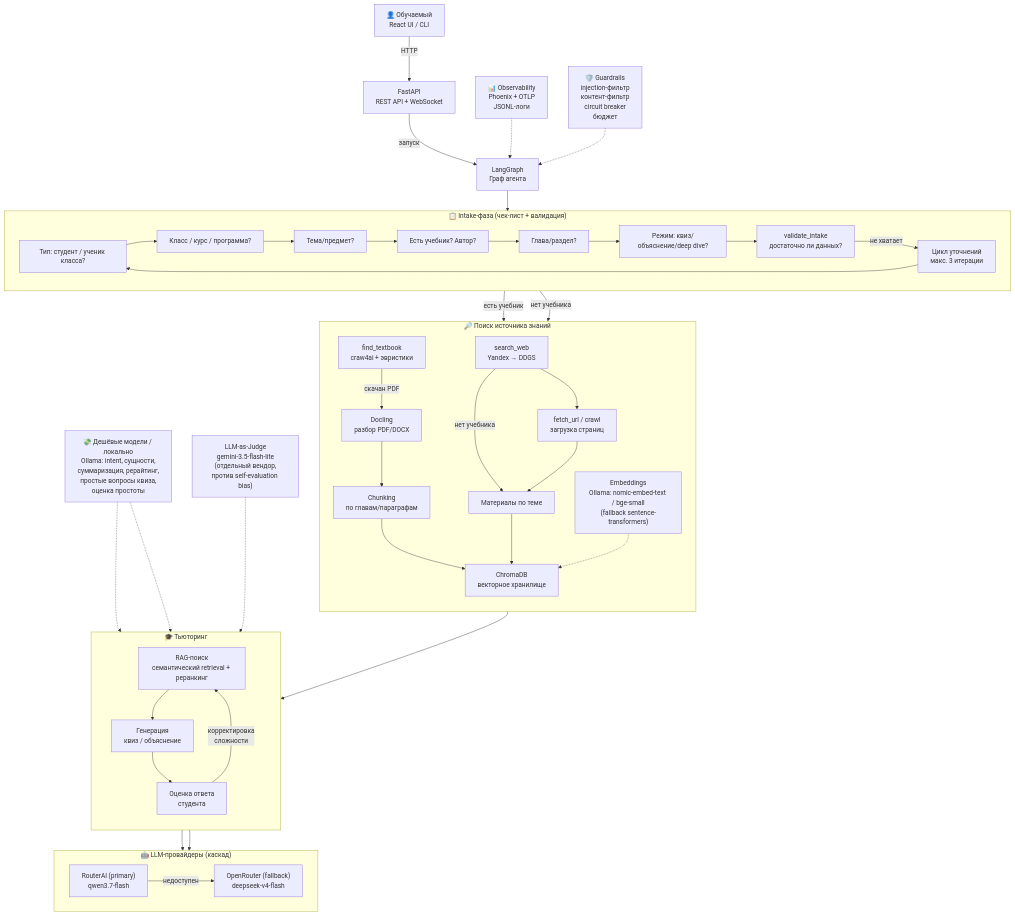
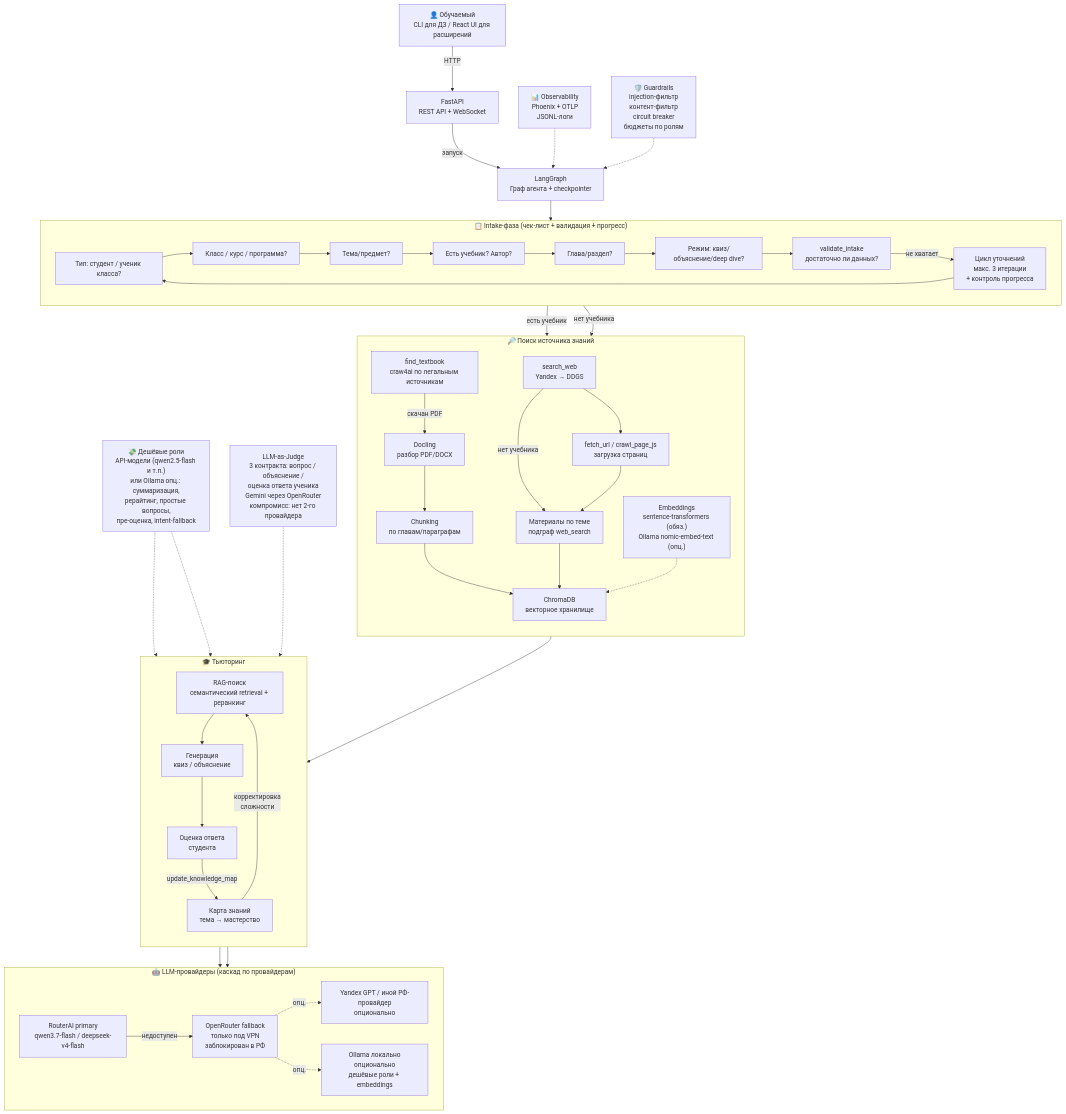
Before and after one commit to pytanya/project_work: the first of 2 diagrams in SPECIFICATION.md, drawn with Mermaid. The commit also changed other lines of this file and 3 other files, not shown here.

````diff
--- a/SPECIFICATION.md
+++ b/SPECIFICATION.md
@@ -34,59 +40,64 @@
 ```mermaid
 flowchart TD
-    USER["👤 Обучаемый<br/>React UI / CLI"] -->|HTTP| API["FastAPI<br/>REST API + WebSocket"]
-    API -->|запуск| GRAPH["LangGraph<br/>Граф агента"]
+    USER["👤 Обучаемый<br/>CLI для ДЗ / React UI для расширений"] -->|HTTP| API["FastAPI<br/>REST API + WebSocket"]
+    API -->|запуск| GRAPH["LangGraph<br/>Граф агента + checkpointer"]
 
-    subgraph INTAKE["📋 Intake-фаза (чек-лист + валидация)"]
+    subgraph INTAKE["📋 Intake-фаза (чек-лист + валидация + прогресс)"]
         direction LR
         Q1["Тип: студент / ученик класса?"]
         Q2["Класс / курс / программа?"]
         Q3["Тема/предмет?"]
         Q4["Есть учебник? Автор?"]
         Q5["Глава/раздел?"]
         Q6["Режим: квиз/объяснение/deep dive?"]
         Q1 --> Q2 --> Q3 --> Q4 --> Q5 --> Q6
         VALIDATE["validate_intake<br/>достаточно ли данных?"]
         Q6 --> VALIDATE
-        VALIDATE -->|"не хватает"| ASK["Цикл уточнений<br/>макс. 3 итерации"]
+        VALIDATE -->|"не хватает"| ASK["Цикл уточнений<br/>макс. 3 итерации<br/>+ контроль прогресса"]
         ASK --> Q1
     end
     GRAPH --> INTAKE
 
     subgraph SOURCE["🔎 Поиск источника знаний"]
         direction TB
         DOC["Docling<br/>разбор PDF/DOCX"] --> CHUNK["Chunking<br/>по главам/параграфам"]
-        FIND["find_textbook<br/>craw4ai + эвристики"] -->|"скачан PDF"| DOC
-        SEARCH["search_web<br/>Yandex → DDGS"] --> FETCH["fetch_url / crawl<br/>загрузка страниц"]
-        SEARCH -->|"нет учебника"| MAT["Материалы по теме"]
+        FIND["find_textbook<br/>craw4ai по легальным источникам"] -->|"скачан PDF"| DOC
+        SEARCH["search_web<br/>Yandex → DDGS"] --> FETCH["fetch_url / crawl_page_js<br/>загрузка страниц"]
+        SEARCH -->|"нет учебника"| MAT["Материалы по теме<br/>подграф web_search"]
         CHUNK --> VDB["ChromaDB<br/>векторное хранилище"]
         FETCH --> MAT --> VDB
-        EMB["Embeddings<br/>Ollama: nomic-embed-text / bge-small<br/>(fallback sentence-transformers)"] -.-> VDB
+        EMB["Embeddings<br/>sentence-transformers (обяз.)<br/>Ollama nomic-embed-text (опц.)"] -.-> VDB
     end
     INTAKE -->|"есть учебник"| DOC
     INTAKE -->|"нет учебника"| FIND
 
     subgraph TUTOR["🎓 Тьюторинг"]
         direction TB
         RAG["RAG-поиск<br/>семантический retrieval + реранкинг"] --> GEN["Генерация<br/>квиз / объяснение"]
         GEN --> EVAL["Оценка ответа<br/>студента"]
-        EVAL -->|"корректировка<br/>сложности"| RAG
+        EVAL -->|"update_knowledge_map"| KM["Карта знаний<br/>тема → мастерство"]
+        KM -->|"корректировка<br/>сложности"| RAG
     end
     VDB --> RAG
 
-    subgraph LLM["🤖 LLM-провайдеры (каскад)"]
+    subgraph LLM["🤖 LLM-провайдеры (каскад по провайдерам)"]
         direction LR
-        L1["RouterAI (primary)<br/>qwen3.7-flash"]
-        L2["OpenRouter (fallback)<br/>deepseek-v4-flash"]
+        L1["RouterAI primary<br/>qwen3.7-flash / deepseek-v4-flash"]
+        L2["OpenRouter fallback<br/>только под VPN<br/>заблокирован в РФ"]
+        L3["Yandex GPT / иной РФ-провайдер<br/>опционально"]
+        L4["Ollama локально<br/>опционально<br/>дешёвые роли + embeddings"]
         L1 -->|недоступен| L2
+        L2 -.->|опц.| L3
+        L2 -.->|опц.| L4
     end
     GEN --> LLM
     EVAL --> LLM
 
-    CHEAP["💸 Дешёвые модели / локально<br/>Ollama: intent, сущности,<br/>суммаризация, рерайтинг,<br/>простые вопросы квиза,<br/>оценка простоты"] -.-> RAG
+    CHEAP["💸 Дешёвые роли<br/>API-модели (qwen2.5-flash и т.п.)<br/>или Ollama опц.: суммаризация,<br/>рерайтинг, простые вопросы,<br/>пре-оценка, intent-fallback"] -.-> RAG
     CHEAP -.-> GEN
 
-    JUDGE["LLM-as-Judge<br/>gemini-3.5-flash-lite<br/>(отдельный вендор,<br/>против self-evaluation bias)"] -.-> GEN
+    JUDGE["LLM-as-Judge<br/>3 контракта: вопрос / объяснение /<br/>оценка ответа ученика<br/>Gemini через OpenRouter<br/>компромисс: нет 2-го провайдера"] -.-> GEN
 
     OBS["📊 Observability<br/>Phoenix + OTLP<br/>JSONL-логи"] -.-> GRAPH
-    GR["🛡️ Guardrails<br/>injection-фильтр<br/>контент-фильтр<br/>circuit breaker<br/>бюджет"] -.-> GRAPH
+    GR["🛡️ Guardrails<br/>injection-фильтр<br/>контент-фильтр<br/>circuit breaker<br/>бюджеты по ролям"] -.-> GRAPH
 ```
````
